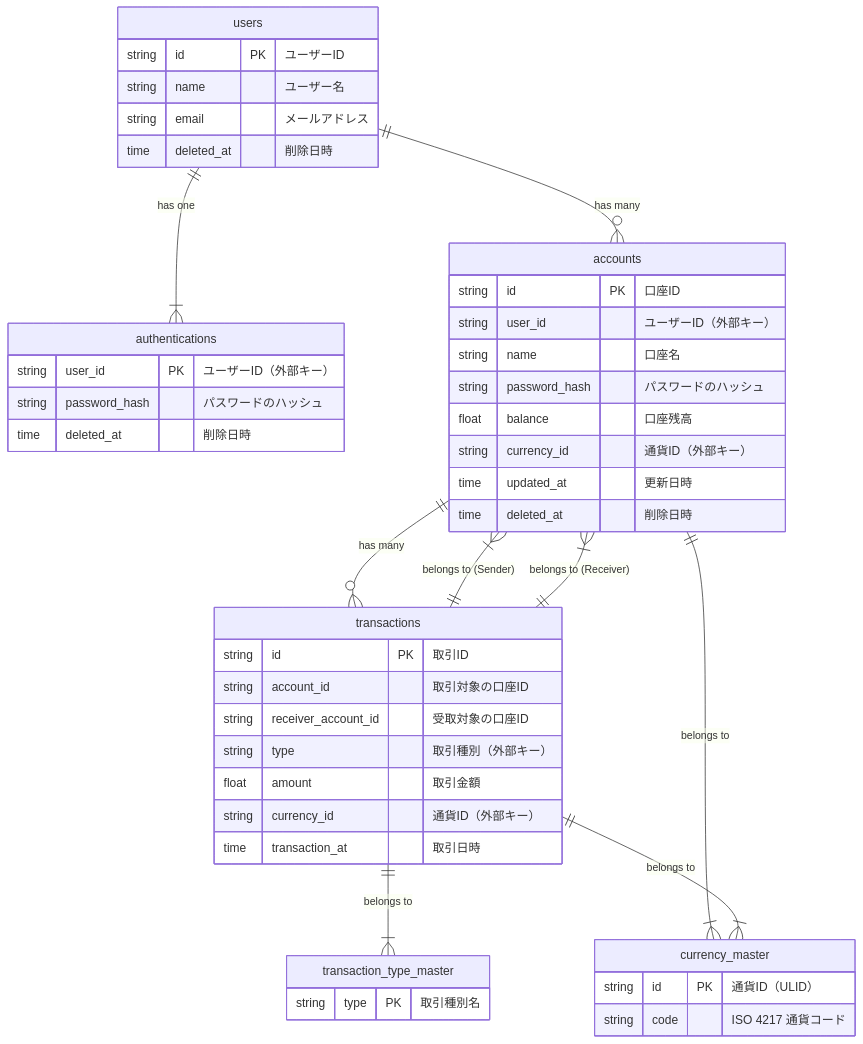
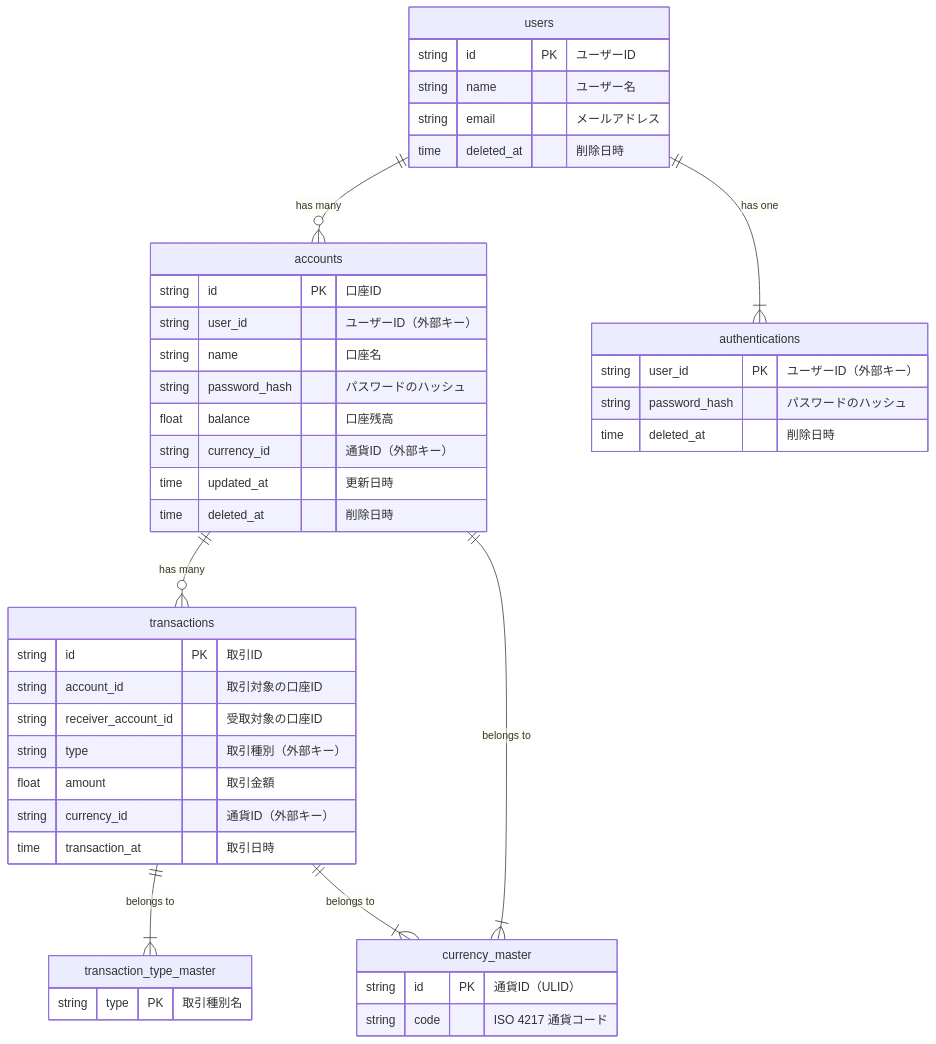
One commit to u104rak1/pocgo changed the diagram in internal/infrastructure/postgres/er_diagram.md. Above: the diagram before and after it, drawn with Mermaid. The commit also changed 13 other files, not shown here.

````diff
--- a/internal/infrastructure/postgres/er_diagram.md
+++ b/internal/infrastructure/postgres/er_diagram.md
@@ -1,49 +1,47 @@
 ```mermaid
 erDiagram
     users {
         string id PK "ユーザーID"
         string name "ユーザー名"
         string email "メールアドレス"
         time deleted_at "削除日時"
     }
     authentications {
         string user_id PK "ユーザーID（外部キー）"
         string password_hash "パスワードのハッシュ"
         time deleted_at "削除日時"
     }
     accounts {
         string id PK "口座ID"
         string user_id "ユーザーID（外部キー）"
         string name "口座名"
         string password_hash "パスワードのハッシュ"
         float balance "口座残高"
         string currency_id "通貨ID（外部キー）"
         time updated_at "更新日時"
         time deleted_at "削除日時"
     }
     transactions {
         string id PK "取引ID"
         string account_id "取引対象の口座ID"
         string receiver_account_id "受取対象の口座ID"
         string type "取引種別（外部キー）"
         float amount "取引金額"
         string currency_id "通貨ID（外部キー）"
         time transaction_at "取引日時"
     }
     currency_master {
         string id PK "通貨ID（ULID）"
         string code "ISO 4217 通貨コード"
     }
     transaction_type_master {
         string type PK "取引種別名"
     }
 
     users ||--o{ accounts : "has many"
     users ||--|{ authentications : "has one"
     accounts ||--o{ transactions : "has many"
     accounts ||--|{ currency_master : "belongs to"
     transactions ||--|{ transaction_type_master : "belongs to"
-    transactions ||--|{ accounts : "belongs to (Sender)"
-    transactions ||--|{ accounts : "belongs to (Receiver)"
     transactions ||--|{ currency_master : "belongs to"
 ```
````
